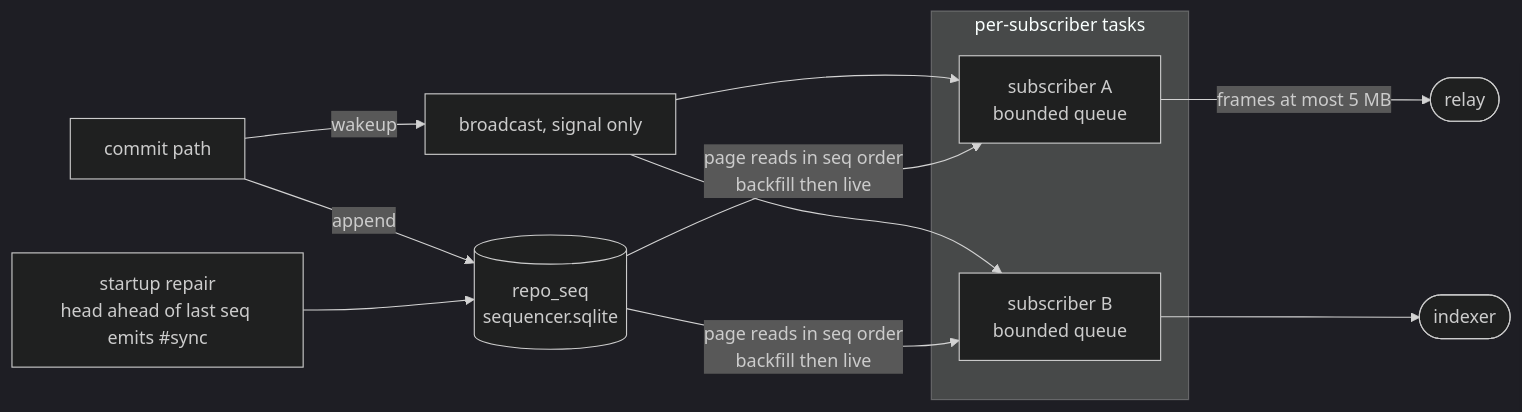
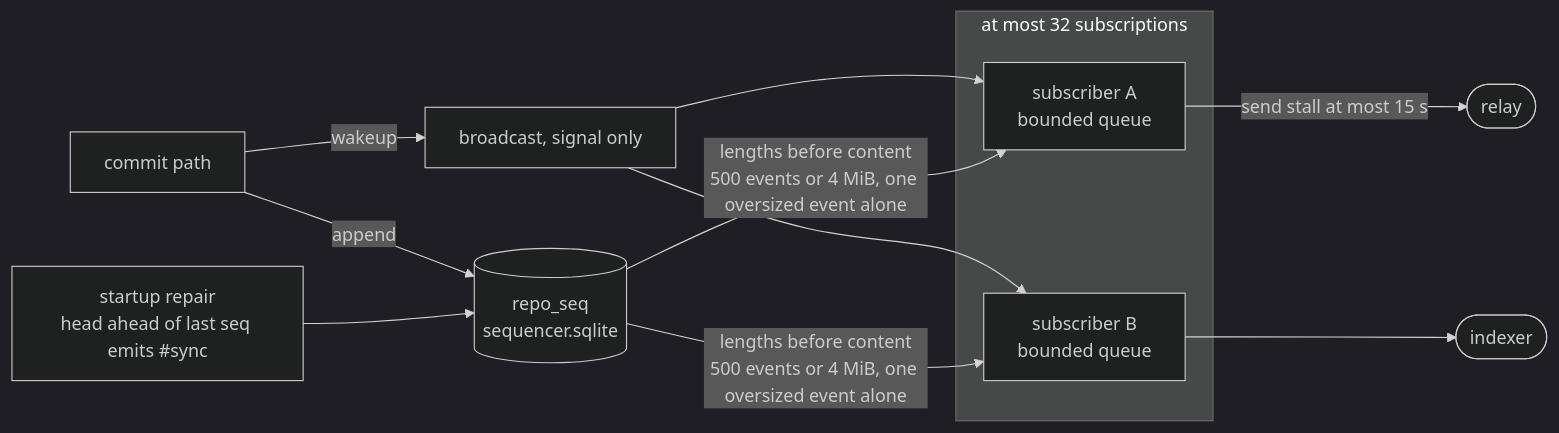
One commit to linkjar/pds changed the diagram in docs/architecture/diagrams/06-firehose.mmd. Above: the diagram before and after it, drawn with Mermaid (dark theme). The commit also changed 272 other files, not shown here.

```diff
--- a/docs/architecture/diagrams/06-firehose.mmd
+++ b/docs/architecture/diagrams/06-firehose.mmd
@@ -1,12 +1,12 @@
 flowchart LR
   commit[commit path] -- append --> log[(repo_seq<br/>sequencer.sqlite)]
   commit -- wakeup --> bus[broadcast, signal only]
-  subgraph subs [per-subscriber tasks]
+  subgraph subs [at most 32 subscriptions]
     sub1[subscriber A<br/>bounded queue]
     sub2[subscriber B<br/>bounded queue]
   end
   bus --> sub1 & sub2
-  log -- page reads in seq order<br/>backfill then live --> sub1 & sub2
-  sub1 -- frames at most 5 MB --> relayA([relay])
+  log -- lengths before content<br/>500 events or 4 MiB, one oversized event alone --> sub1 & sub2
+  sub1 -- send stall at most 15 s --> relayA([relay])
   sub2 --> relayB([indexer])
   startup[startup repair<br/>head ahead of last seq emits #sync] --> log
```
